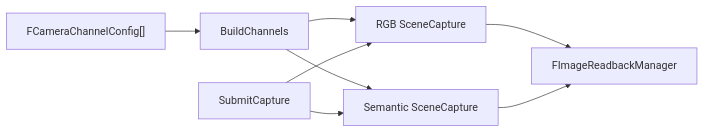
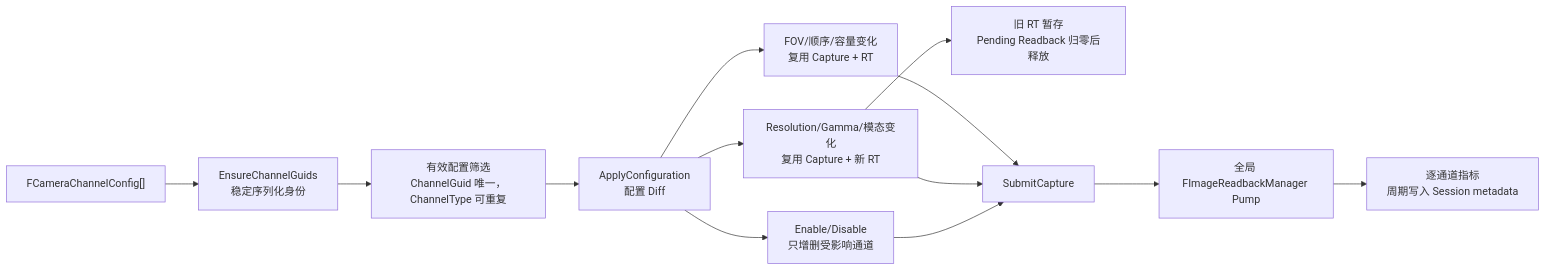
Before and after one commit to IceGodles/SensorSimulation: the third of 9 diagrams in Plugins/SensorSimulation/Docs/CurrentArchitecture.md, drawn with Mermaid. The commit also changed other lines of this file and 71 other files, not shown here.

````diff
--- a/Plugins/SensorSimulation/Docs/CurrentArchitecture.md
+++ b/Plugins/SensorSimulation/Docs/CurrentArchitecture.md
@@ -173,10 +244,15 @@
 ```mermaid
 flowchart LR
-    Config["FCameraChannelConfig[]"] --> Build["BuildChannels"]
-    Build --> RGB["RGB SceneCapture"]
-    Build --> Semantic["Semantic SceneCapture"]
-    Submit["SubmitCapture"] --> RGB
-    Submit --> Semantic
-    RGB --> Readback["FImageReadbackManager"]
-    Semantic --> Readback
+    Config["FCameraChannelConfig[]"] --> Identity["EnsureChannelGuids<br/>稳定序列化身份"]
+    Identity --> Constraint["有效配置筛选<br/>ChannelGuid 唯一，ChannelType 可重复"]
+    Constraint --> Apply["ApplyConfiguration<br/>配置 Diff"]
+    Apply --> Reuse["FOV/顺序/容量变化<br/>复用 Capture + RT"]
+    Apply --> Rebuild["Resolution/Gamma/模态变化<br/>复用 Capture + 新 RT"]
+    Apply --> AddRemove["Enable/Disable<br/>只增删受影响通道"]
+    Rebuild --> Retire["旧 RT 暂存<br/>Pending Readback 归零后释放"]
+    Reuse --> Submit["SubmitCapture"]
+    Rebuild --> Submit
+    AddRemove --> Submit
+    Submit --> Readback["全局 FImageReadbackManager Pump"]
+    Readback --> Metrics["逐通道指标<br/>周期写入 Session metadata"]
 ```
````
